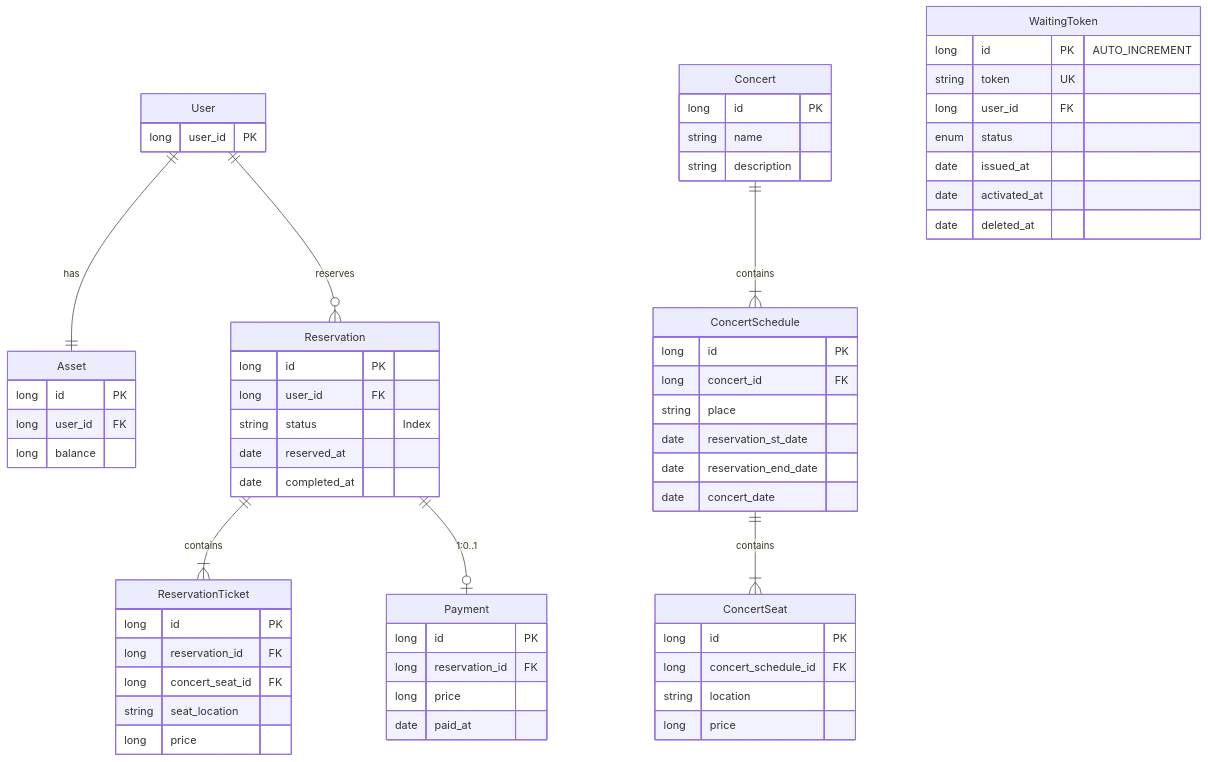
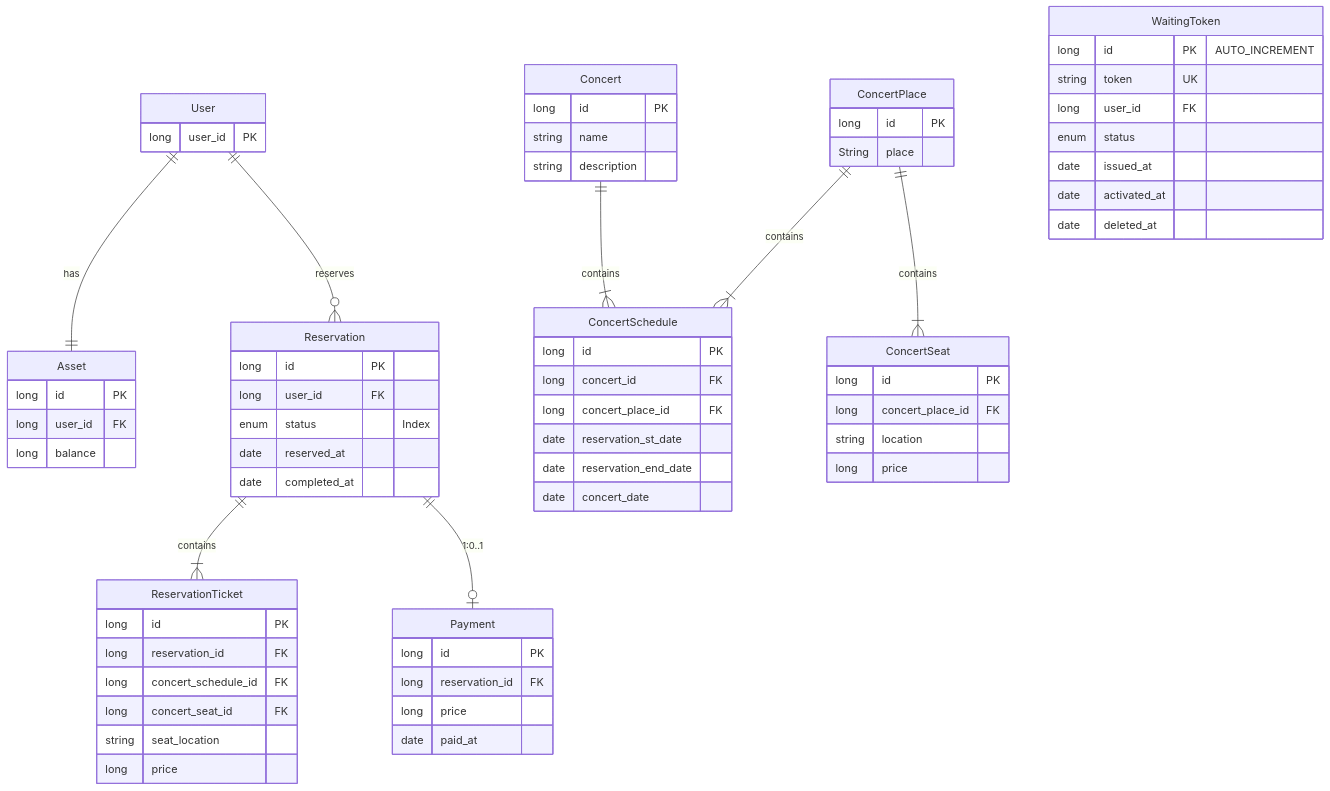
One commit to YoungWonBackendStudy/HHPlus-Concert-Reservation changed diagram 13 of 13 in README.md. Above: the diagram before and after it, drawn with Mermaid. The commit also changed other lines of this file and 129 other files, not shown here.

````diff
--- a/README.md
+++ b/README.md
@@ -232,74 +299,81 @@
 ```mermaid
 erDiagram
 
 User {
     long user_id PK
 }
 
 User ||--|| Asset: has
 Asset {
     long id PK
     long user_id FK
     long balance
 }
 
 User ||--o{ Reservation: reserves
 Reservation {
     long id PK
     long user_id FK
-    string status "Index"
+    enum status "Index"
     date reserved_at
     date completed_at
 }
 
 Reservation ||--|{ ReservationTicket: contains
 ReservationTicket {
     long id PK
     long reservation_id FK
+    long concert_schedule_id FK
     long concert_seat_id FK
     string seat_location
     long price
 }
 
 Reservation ||--o| Payment: "1:0..1"
 Payment {
     long id PK
     long reservation_id FK
     long price
     date paid_at
 }
 
 Concert {
     long id PK
     string name
     string description
 }
 
+ConcertPlace {
+    long id PK
+    String place 
+}
+
 Concert ||--|{ ConcertSchedule : contains
+ConcertPlace ||--|{ ConcertSchedule : contains
 ConcertSchedule {
     long id PK
     long concert_id FK
-    string place
+    long concert_place_id FK
     date reservation_st_date
     date reservation_end_date
     date concert_date
 }
 
-ConcertSchedule ||--|{ ConcertSeat : contains
+ConcertPlace ||--|{ ConcertSeat : contains
 ConcertSeat {
     long id PK
-    long concert_schedule_id FK
+    long concert_place_id FK
     string location
     long price
 }
 
 WaitingToken {
     long id PK "AUTO_INCREMENT"
     string token UK
     long user_id FK
     enum status
     date issued_at
     date activated_at
     date deleted_at
 }
 ```
````
